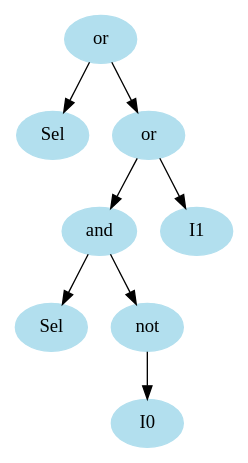
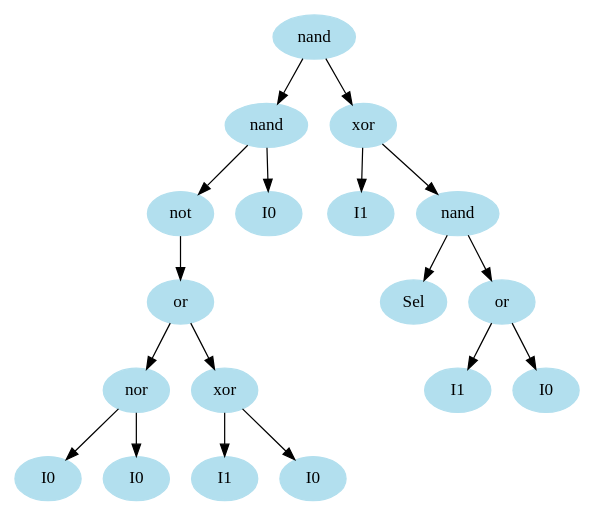
The diagram in temp/Final_AST.gv (king2b3/GP), drawn with Graphviz before and after one commit. The commit also changed 9 other files, not shown here.

```diff
--- a/temp/Final_AST.gv
+++ b/temp/Final_AST.gv
@@ -1,19 +1,39 @@
 digraph unix {
 	node [color=lightblue2 style=filled]
 	size="6,6"
-	gate_0 [label=or]
-	ins_0 [label=Sel]
-	gate_1 [label=or]
-	gate_2 [label=and]
-	ins_1 [label=Sel]
-	gate_3 [label=not]
-	ins_2 [label=I0]
-	ins_3 [label=I1]
-	gate_0 -> ins_0
+	gate_0 [label=nand]
+	gate_1 [label=nand]
+	gate_2 [label=not]
+	gate_3 [label=or]
+	gate_4 [label=nor]
+	ins_0 [label=I0]
+	ins_1 [label=I0]
+	gate_5 [label=xor]
+	ins_2 [label=I1]
+	ins_3 [label=I0]
+	ins_4 [label=I0]
+	gate_6 [label=xor]
+	ins_5 [label=I1]
+	gate_7 [label=nand]
+	ins_6 [label=Sel]
+	gate_8 [label=or]
+	ins_7 [label=I1]
+	ins_8 [label=I0]
 	gate_0 -> gate_1
+	gate_0 -> gate_6
 	gate_1 -> gate_2
-	gate_1 -> ins_3
-	gate_2 -> ins_1
+	gate_1 -> ins_4
 	gate_2 -> gate_3
-	gate_3 -> ins_2
+	gate_3 -> gate_4
+	gate_3 -> gate_5
+	gate_4 -> ins_0
+	gate_4 -> ins_1
+	gate_5 -> ins_2
+	gate_5 -> ins_3
+	gate_6 -> ins_5
+	gate_6 -> gate_7
+	gate_7 -> ins_6
+	gate_7 -> gate_8
+	gate_8 -> ins_7
+	gate_8 -> ins_8
 }
```
